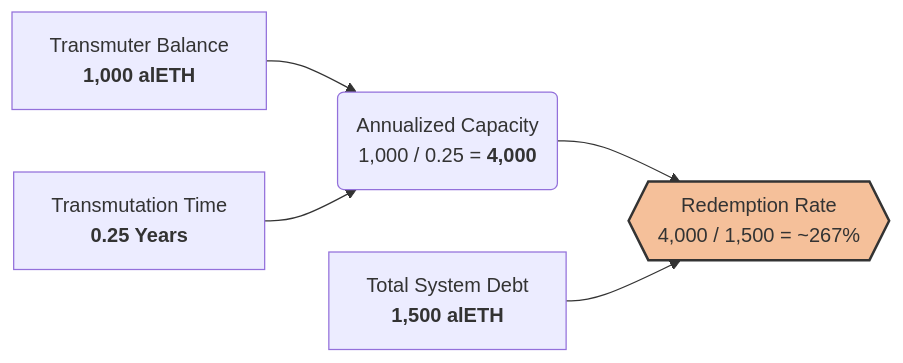
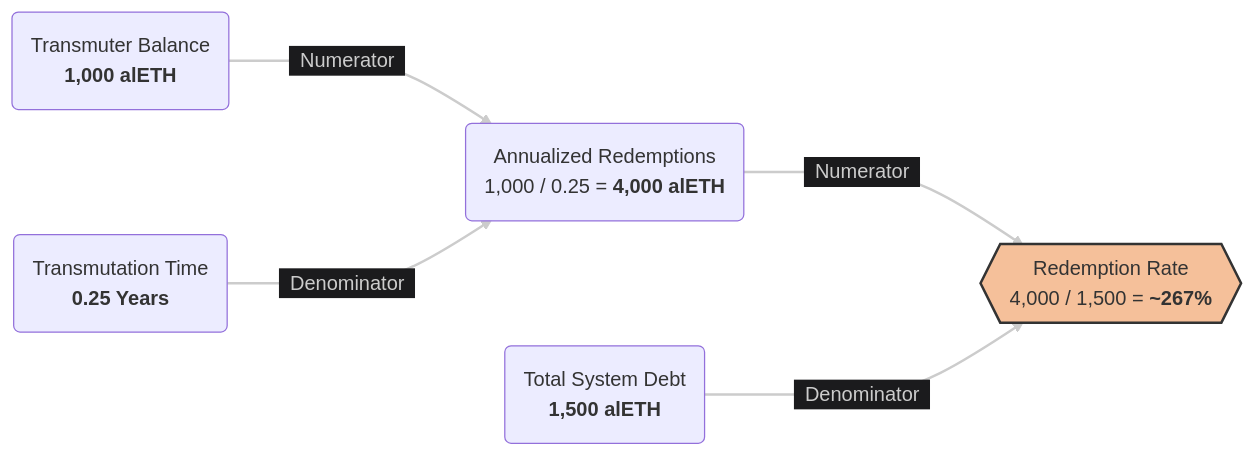
Before and after one commit to alchemix-finance/alchemix-v3-docs: the second of 3 diagrams in docs/user/concepts/redemption-rate.md, drawn with Mermaid. The commit also changed other lines of this file and 1 other file, not shown here.

Commit message:
Redemption rate formula cleanup

````diff
--- a/docs/user/concepts/redemption-rate.md
+++ b/docs/user/concepts/redemption-rate.md
@@ -73,22 +81,27 @@
 ```mermaid
-graph LR
-%% Nodes
-A[Transmuter Balance<br/><b>1,000 alETH</b>]
-B[Transmutation Time<br/><b>0.25 Years</b>]
-C[Total System Debt<br/><b>1,500 alETH</b>]
-
-    %% Intermediate Calculation
-    D(Annualized Capacity<br/>1,000 / 0.25 = <b>4,000</b>)
-
-    %% Final Calculation
-    E{{Redemption Rate<br/>4,000 / 1,500 = ~267%}}
+%%{init: {
+  'themeVariables': { 'fontFamily': 'Montserrat', 'edgeLabelBackground':'#1b1b1d',     'tertiaryColor': '#1b1b1d' },
+  'flowchart': {
+      'curve': 'monotoneX',
+      'nodeSpacing': 100,
+      'rankSpacing': 80
+  }
+}}%%
+flowchart LR
+    %% Nodes
+    A(Transmuter Balance<br/><b>1,000 alETH</b>)
+    B(Transmutation Time<br/><b>0.25 Years</b>)
+    C(Total System Debt<br/><b>1,500 alETH</b>)
+    D(Annualized Redemptions<br/>1,000 / 0.25 = <b>4,000 alETH</b>)
+    E{{Redemption Rate<br/>4,000 / 1,500 = <b>~267%</b>}}
 
     %% Logic
-    A --> D
-    B --> D
-    D --> E
-    C --> E
+    A --> |&nbsp;&nbsp;Numerator&nbsp;&nbsp;| D
+    B --> |&nbsp;&nbsp;Denominator&nbsp;&nbsp;| D
+    D --> |&nbsp;&nbsp;Numerator&nbsp;&nbsp;| E
+    C --> |&nbsp;&nbsp;Denominator&nbsp;&nbsp;| E
 
     %% Styling
     style E fill:#f5c09a,stroke:#333,stroke-width:2px,color:#333
+    linkStyle 0,1,2,3 stroke:#ccc,stroke-width:2px,color:#ccc
 ```
````
